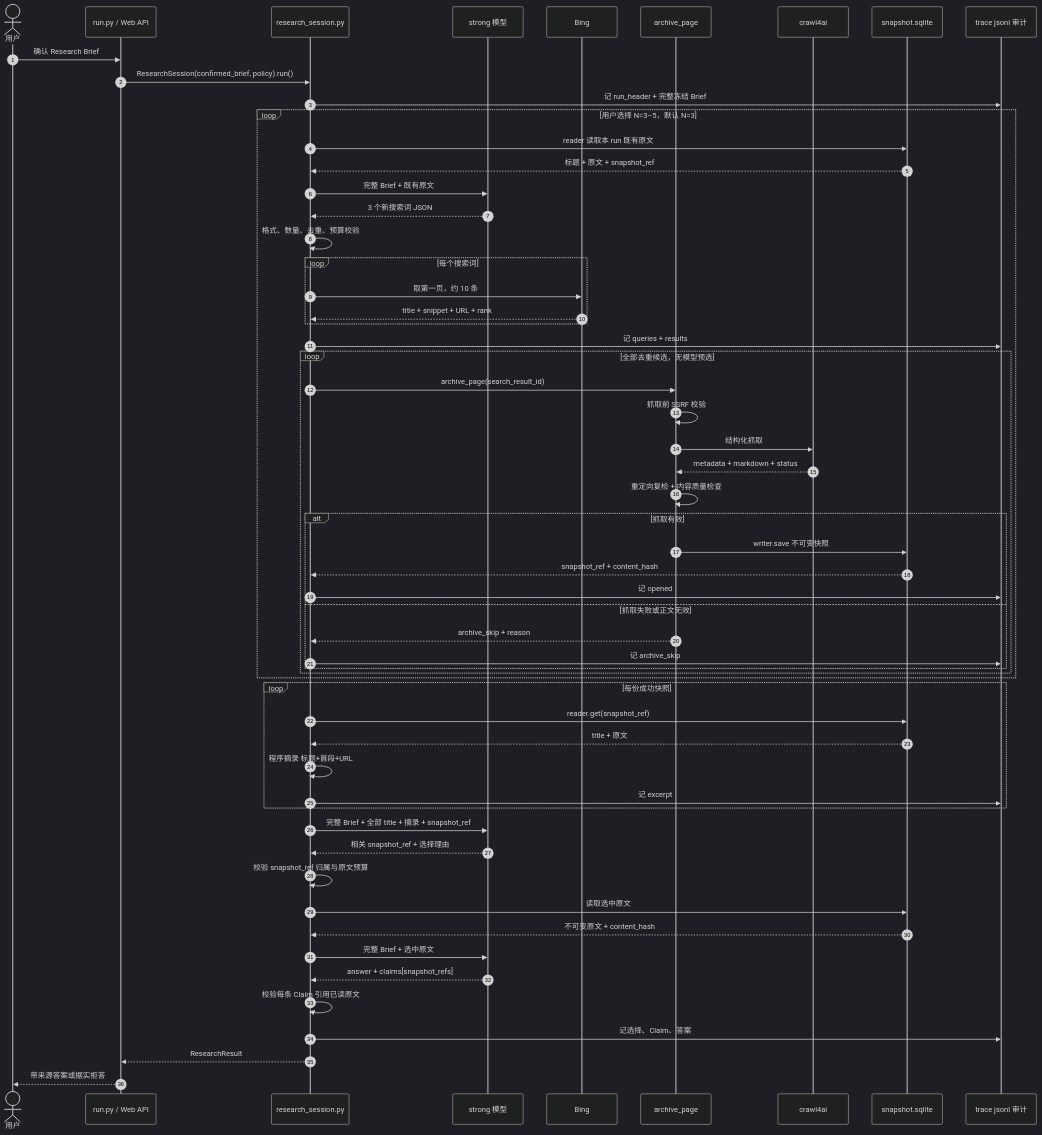
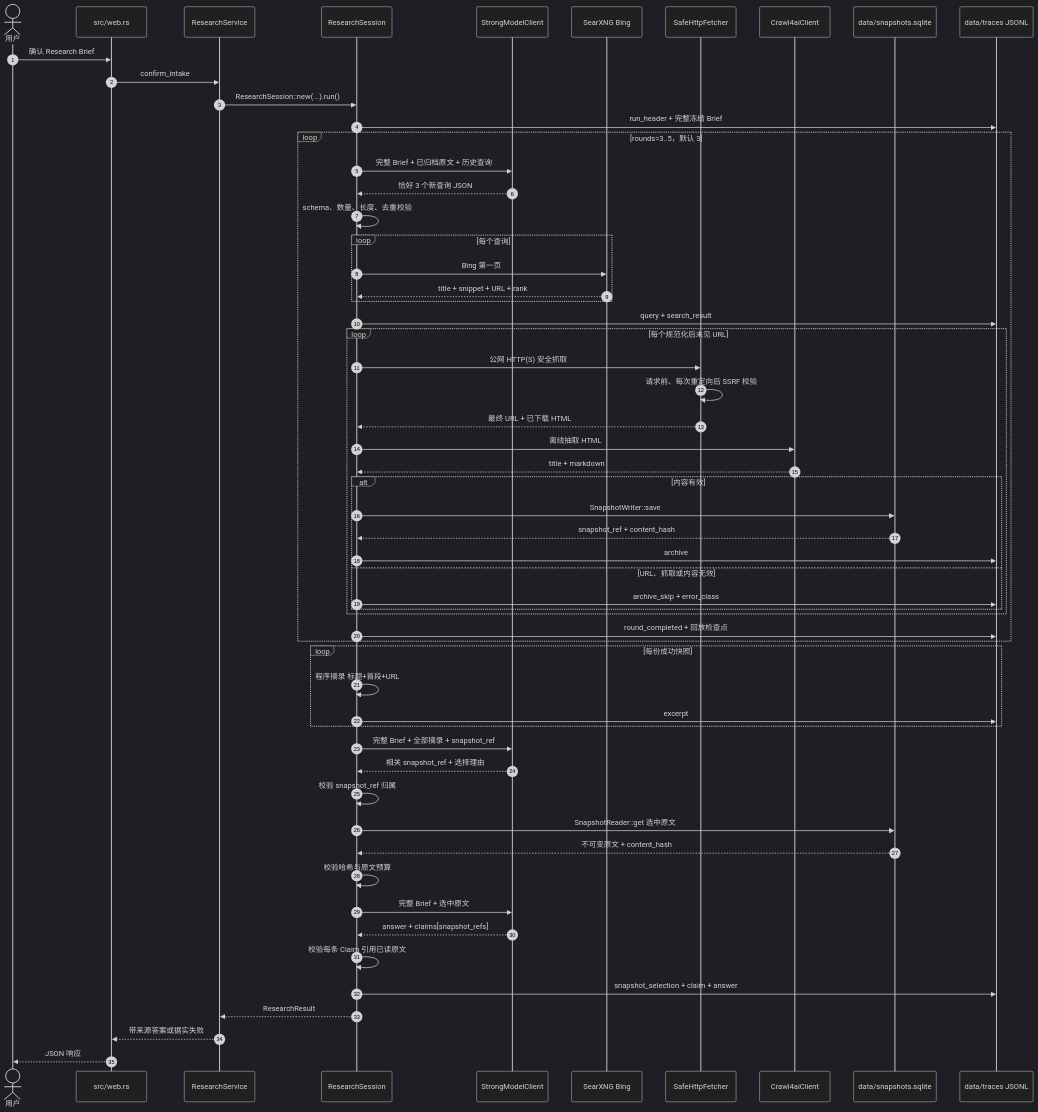
The sixth of 6 diagrams in docs/web-search-architecture.md (SuperCatQR/traceable-research-runtime), drawn with Mermaid (dark theme) before and after one commit. The commit also changed other lines of this file and 12 other files, not shown here.

Commit message:
fix: align research pipeline with architecture

````diff
--- a/docs/web-search-architecture.md
+++ b/docs/web-search-architecture.md
@@ -355,61 +336,61 @@
 ```mermaid
 sequenceDiagram
     autonumber
     actor U as 用户
-    participant R as run.py / Web API
-    participant X as research_session.py
-    participant S as strong 模型
-    participant B as Bing
-    participant O as archive_page
-    participant C as crawl4ai
-    participant P as snapshot.sqlite
-    participant A as trace jsonl 审计
+    participant W as src/web.rs
+    participant A as ResearchService
+    participant O as ResearchSession
+    participant M as StrongModelClient
+    participant E as SearXNG Bing
+    participant F as SafeHttpFetcher
+    participant C as Crawl4aiClient
+    participant P as data/snapshots.sqlite
+    participant J as data/traces JSONL
 
-    U->>R: 确认 Research Brief
-    R->>X: ResearchSession(confirmed_brief, policy).run()
-    X->>A: 记 run_header + 完整冻结 Brief
-    loop 用户选择 N=3–5，默认 N=3
-        X->>P: reader 读取本 run 既有原文
-        P-->>X: 标题 + 原文 + snapshot_ref
-        X->>S: 完整 Brief + 既有原文
-        S-->>X: 3 个新搜索词 JSON
-        X->>X: 格式、数量、去重、预算校验
-        loop 每个搜索词
-            X->>B: 取第一页，约 10 条
-            B-->>X: title + snippet + URL + rank
+    U->>W: 确认 Research Brief
+    W->>A: confirm_intake
+    A->>O: ResearchSession::new(...).run()
+    O->>J: run_header + 完整冻结 Brief
+    loop rounds=3..5，默认 3
+        O->>M: 完整 Brief + 已归档原文 + 历史查询
+        M-->>O: 恰好 3 个新查询 JSON
+        O->>O: schema、数量、长度、去重校验
+        loop 每个查询
+            O->>E: Bing 第一页
+            E-->>O: title + snippet + URL + rank
         end
-        X->>A: 记 queries + results
-        loop 全部去重候选，无模型预选
-            X->>O: archive_page(search_result_id)
-            O->>O: 抓取前 SSRF 校验
-            O->>C: 结构化抓取
-            C-->>O: metadata + markdown + status
-            O->>O: 重定向复检 + 内容质量检查
-            alt 抓取有效
-                O->>P: writer.save 不可变快照
-                P-->>X: snapshot_ref + content_hash
-                X->>A: 记 opened
-            else 抓取失败或正文无效
-                O-->>X: archive_skip + reason
-                X->>A: 记 archive_skip
+        O->>J: query + search_result
+        loop 每个规范化后未见 URL
+            O->>F: 公网 HTTP(S) 安全抓取
+            F->>F: 请求前、每次重定向后 SSRF 校验
+            F-->>O: 最终 URL + 已下载 HTML
+            O->>C: 离线抽取 HTML
+            C-->>O: title + markdown
+            alt 内容有效
+                O->>P: SnapshotWriter::save
+                P-->>O: snapshot_ref + content_hash
+                O->>J: archive
+            else URL、抓取或内容无效
+                O->>J: archive_skip + error_class
             end
         end
+        O->>J: round_completed + 回放检查点
     end
     loop 每份成功快照
-        X->>P: reader.get(snapshot_ref)
-        P-->>X: title + 原文
-        X->>X: 程序摘录 标题+首段+URL
-        X->>A: 记 excerpt
+        O->>O: 程序摘录 标题+首段+URL
+        O->>J: excerpt
     end
-    X->>S: 完整 Brief + 全部 title + 摘录 + snapshot_ref
-    S-->>X: 相关 snapshot_ref + 选择理由
-    X->>X: 校验 snapshot_ref 归属与原文预算
-    X->>P: 读取选中原文
-    P-->>X: 不可变原文 + content_hash
-    X->>S: 完整 Brief + 选中原文
-    S-->>X: answer + claims[snapshot_refs]
-    X->>X: 校验每条 Claim 引用已读原文
-    X->>A: 记选择、Claim、答案
-    X-->>R: ResearchResult
-    R-->>U: 带来源答案或据实拒答
+    O->>M: 完整 Brief + 全部摘录 + snapshot_ref
+    M-->>O: 相关 snapshot_ref + 选择理由
+    O->>O: 校验 snapshot_ref 归属
+    O->>P: SnapshotReader::get 选中原文
+    P-->>O: 不可变原文 + content_hash
+    O->>O: 校验哈希与原文预算
+    O->>M: 完整 Brief + 选中原文
+    M-->>O: answer + claims[snapshot_refs]
+    O->>O: 校验每条 Claim 引用已读原文
+    O->>J: snapshot_selection + claim + answer
+    O-->>A: ResearchResult
+    A-->>W: 带来源答案或据实失败
+    W-->>U: JSON 响应
 ```
````
